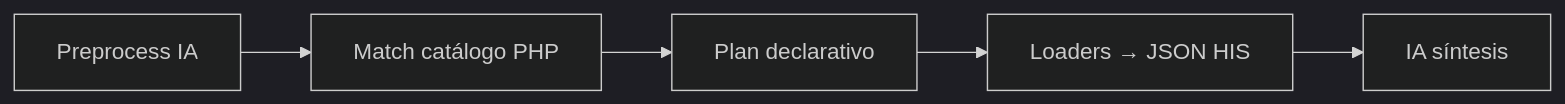
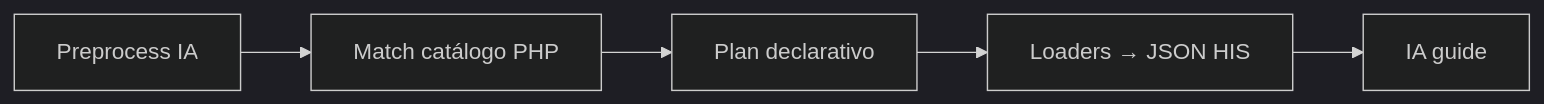
Before and after one commit to luischanferoni/bioenlace: the second of 3 diagrams in web/docs/producto/asistente-y-chat.md, drawn with Mermaid (dark theme). The commit also changed other lines of this file and 35 other files, not shown here.

````diff
--- a/web/docs/producto/asistente-y-chat.md
+++ b/web/docs/producto/asistente-y-chat.md
@@ -57,9 +57,9 @@
 ```mermaid
 flowchart LR
   P[Preprocess IA]
   M[Match catálogo PHP]
   PL[Plan declarativo]
   L[Loaders → JSON HIS]
-  S[IA síntesis]
-  P --> M --> PL --> L --> S
+  G[IA guide]
+  P --> M --> PL --> L --> G
 ```
````
